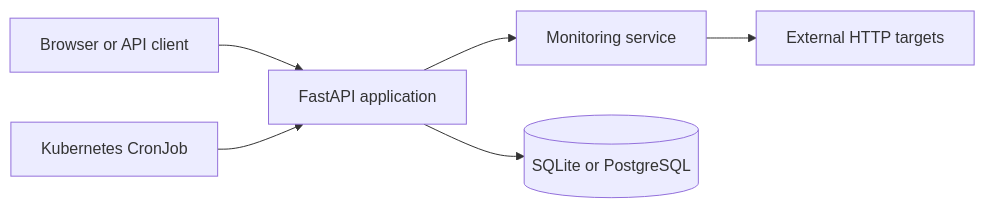
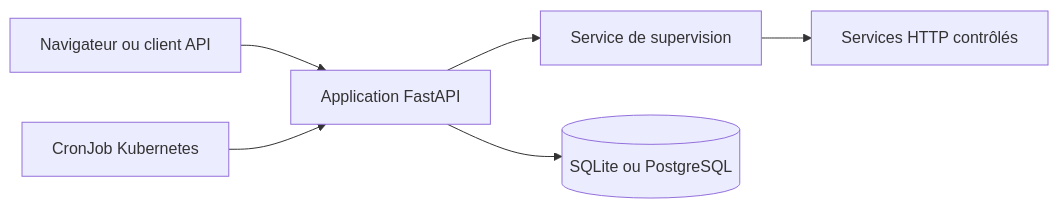
Before and after one commit to yassinewasel/pulsewatch: the diagram in README.md, drawn with Mermaid. The commit also changed other lines of this file and 1 other file, not shown here.

````diff
--- a/README.md
+++ b/README.md
@@ -28,8 +24,8 @@
 ```mermaid
 flowchart LR
-    U[Browser or API client] --> A[FastAPI application]
-    A --> M[Monitoring service]
-    M --> T[External HTTP targets]
-    A --> D[(SQLite or PostgreSQL)]
-    C[Kubernetes CronJob] --> A
+    U[Navigateur ou client API] --> A[Application FastAPI]
+    A --> M[Service de supervision]
+    M --> T[Services HTTP contrôlés]
+    A --> D[(SQLite ou PostgreSQL)]
+    C[CronJob Kubernetes] --> A
 ```
````
